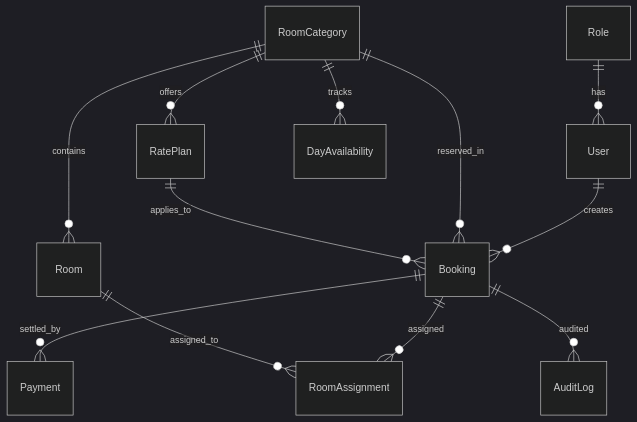
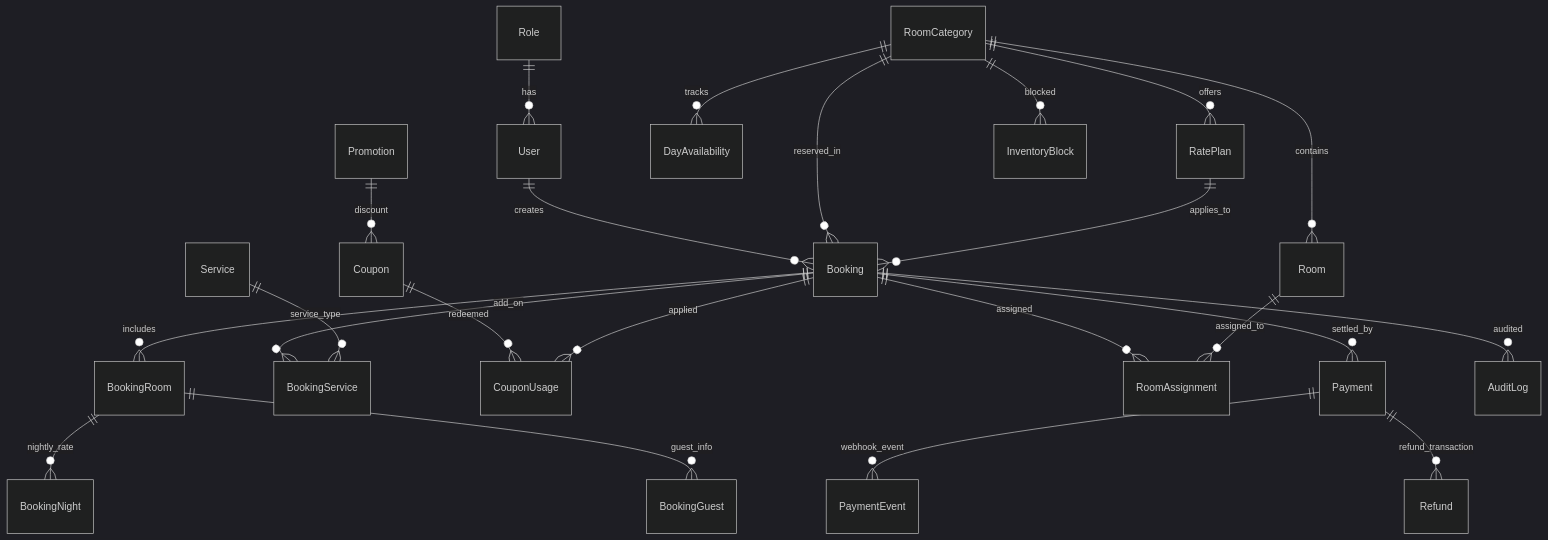
One commit to RumikaRin/AuroraHotel changed the diagram in docs/architecture/diagrams/erd.mmd. Above: the diagram before and after it, drawn with Mermaid (dark theme). The commit also changed 3 other files, not shown here.

Commit message:
chore(harness): align manifest, ERD fingerprint, and lock hashes for 100% clean convergence

```diff
--- a/docs/architecture/diagrams/erd.mmd
+++ b/docs/architecture/diagrams/erd.mmd
@@ -1,13 +1,24 @@
-%% source-sha256: f9c759efe61be0b6f78e63d64440e32c1e355bcb979e4cf9265638082a0b4815
+%% source-sha256: da0fc5a2d7a106d59f6127badb2b20f8fa94d4c493c3bc68e0e93a3763f6fd6e
 erDiagram
     Role ||--o{ User : "has"
     User ||--o{ Booking : "creates"
     RoomCategory ||--o{ RatePlan : "offers"
     RoomCategory ||--o{ DayAvailability : "tracks"
     RoomCategory ||--o{ Room : "contains"
     RoomCategory ||--o{ Booking : "reserved_in"
     RatePlan ||--o{ Booking : "applies_to"
+    Booking ||--o{ BookingRoom : "includes"
+    BookingRoom ||--o{ BookingNight : "nightly_rate"
+    BookingRoom ||--o{ BookingGuest : "guest_info"
+    Booking ||--o{ BookingService : "add_on"
+    Service ||--o{ BookingService : "service_type"
+    Promotion ||--o{ Coupon : "discount"
+    Coupon ||--o{ CouponUsage : "redeemed"
+    Booking ||--o{ CouponUsage : "applied"
+    RoomCategory ||--o{ InventoryBlock : "blocked"
     Booking ||--o{ RoomAssignment : "assigned"
     Room ||--o{ RoomAssignment : "assigned_to"
     Booking ||--o{ Payment : "settled_by"
+    Payment ||--o{ PaymentEvent : "webhook_event"
+    Payment ||--o{ Refund : "refund_transaction"
     Booking ||--o{ AuditLog : "audited"
```
